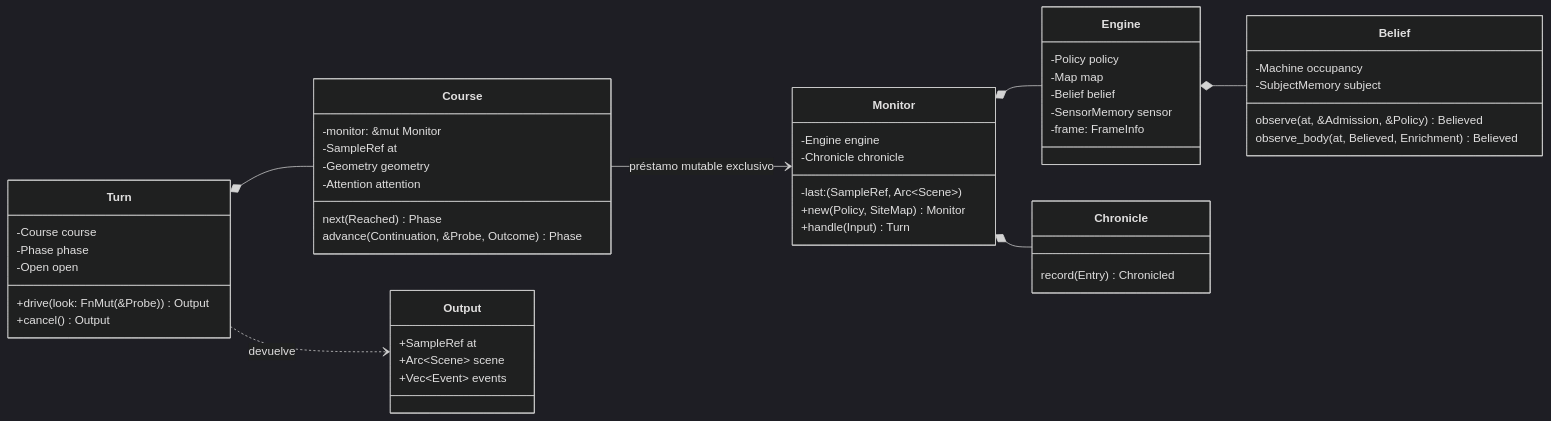
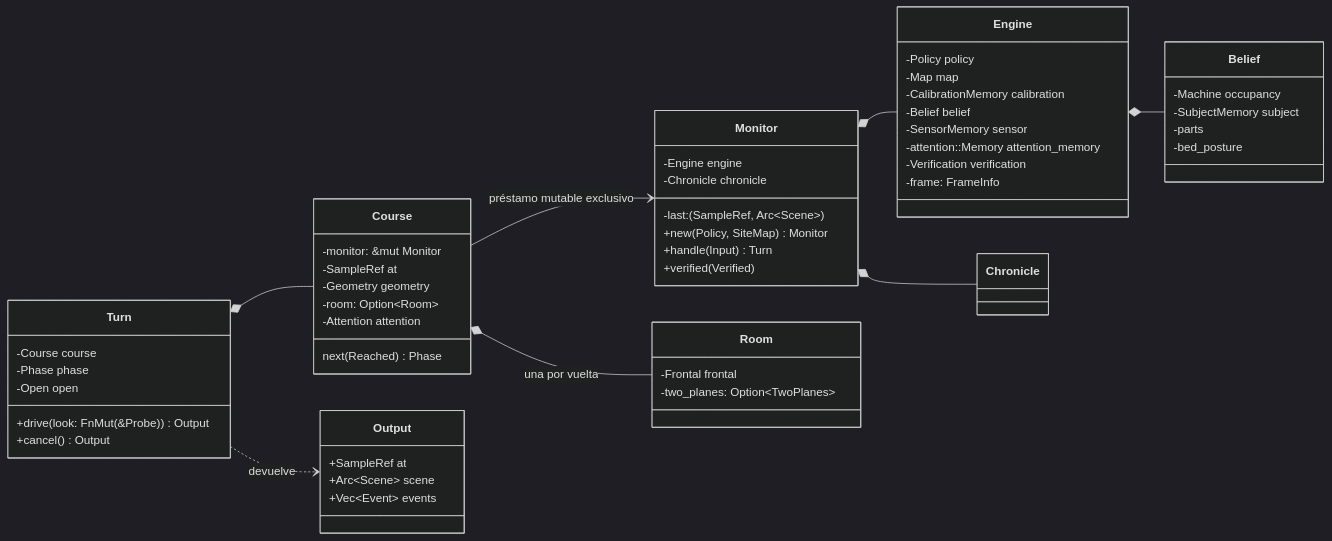
Before and after one commit to e7canasta/calipso-detector: the third of 9 diagrams in arquitectura-c4.md, drawn with Mermaid (dark theme). The commit also changed other lines of this file and 2 other files, not shown here.

First line of the commit message:
Arquitectura al 2026-11-01: C4 por ingeniería inversa, revisión y mesa de refactor

````diff
--- a/arquitectura-c4.md
+++ b/arquitectura-c4.md
@@ -123,54 +172,60 @@
 ```mermaid
 classDiagram
     direction LR
     class Monitor {
         -Engine engine
         -Chronicle chronicle
         -last: (SampleRef, Arc~Scene~)
         +new(Policy, SiteMap) Monitor
         +handle(Input) Turn
+        +verified(Verified)
     }
     class Engine {
         -Policy policy
         -Map map
+        -CalibrationMemory calibration
         -Belief belief
         -SensorMemory sensor
+        -attention::Memory attention_memory
+        -Verification verification
         -frame: FrameInfo
+    }
+    class Belief {
+        -Machine occupancy
+        -SubjectMemory subject
+        -parts
+        -bed_posture
     }
     class Turn {
         -Course course
         -Phase phase
         -Open open
         +drive(look: FnMut(&Probe)) Output
         +cancel() Output
     }
     class Course {
         -monitor: &mut Monitor
         -SampleRef at
         -Geometry geometry
+        -room: Option~Room~
         -Attention attention
         next(Reached) Phase
-        advance(Continuation, &Probe, Outcome) Phase
     }
-    class Belief {
-        -Machine occupancy
-        -SubjectMemory subject
-        observe(at, &Admission, &Policy) Believed
-        observe_body(at, Believed, Enrichment) Believed
-    }
-    class Chronicle {
-        record(Entry) Chronicled
+    class Room {
+        -Frontal frontal
+        -two_planes: Option~TwoPlanes~
     }
     class Output {
         +SampleRef at
         +Arc~Scene~ scene
         +Vec~Event~ events
     }
 
     Monitor *-- Engine
     Monitor *-- Chronicle
     Engine *-- Belief
     Turn *-- Course
     Course --> Monitor : préstamo mutable exclusivo
+    Course *-- Room : una por vuelta
     Turn ..> Output : devuelve
 ```
````
